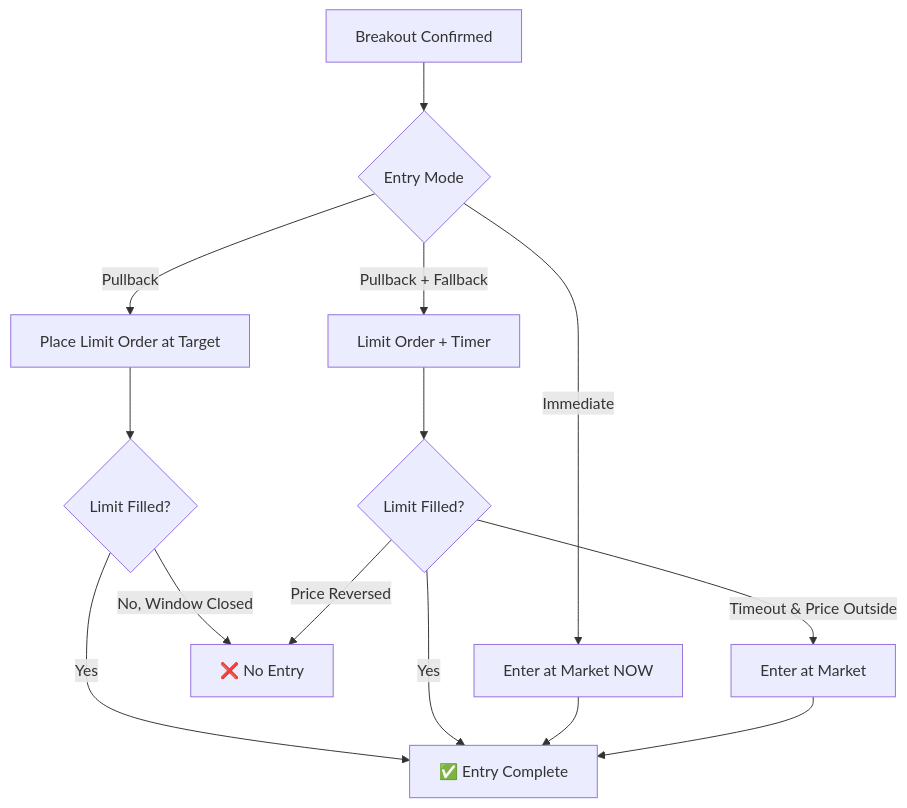
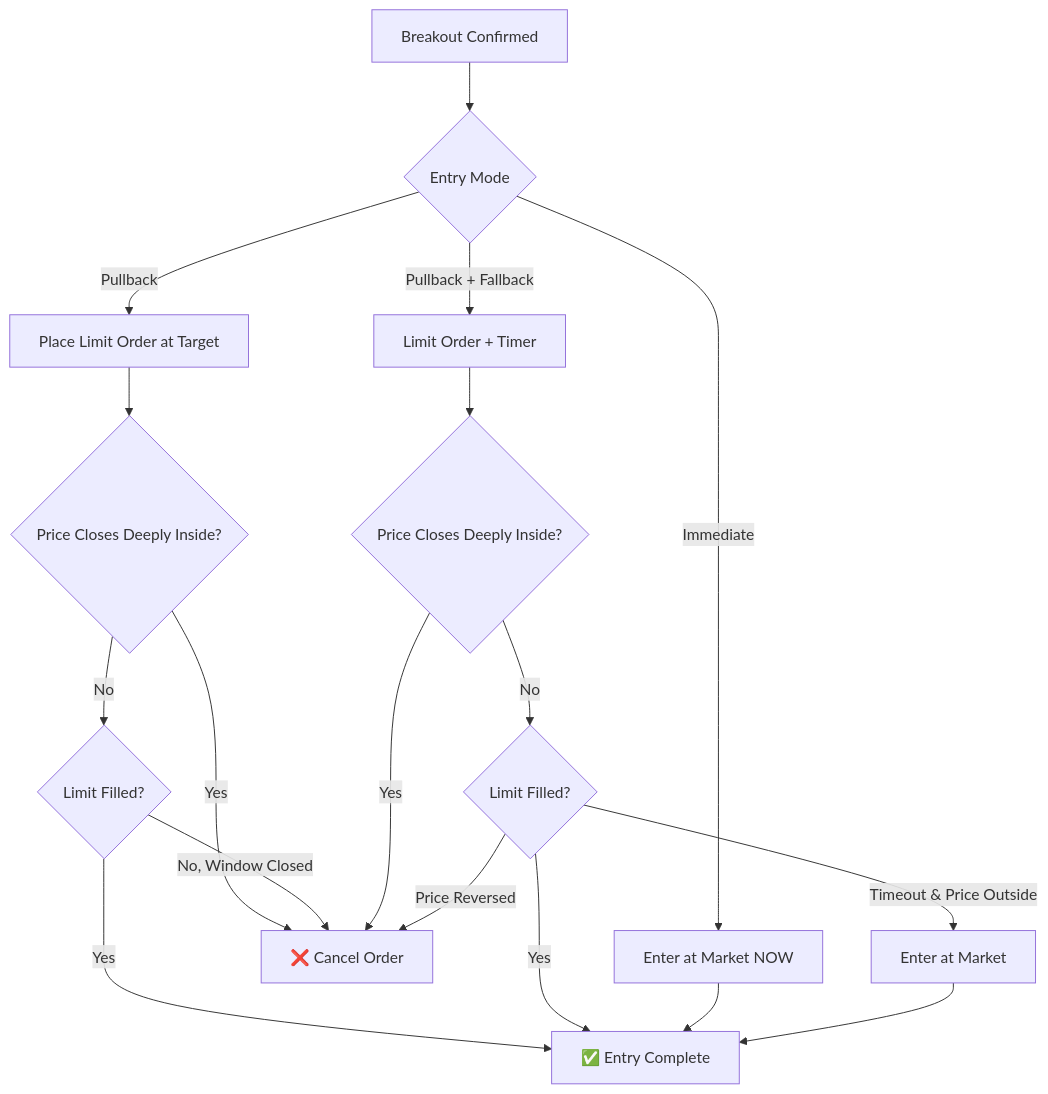
The third of 8 diagrams in docs/strategies/9_30_breakout/STRATEGY_BUILDING_BLOCKS.md (vinay-veerappa/tvDownloadOHLC), drawn with Mermaid before and after one commit. The commit also changed 5 other files, not shown here.

````diff
--- a/docs/strategies/9_30_breakout/STRATEGY_BUILDING_BLOCKS.md
+++ b/docs/strategies/9_30_breakout/STRATEGY_BUILDING_BLOCKS.md
@@ -64,20 +64,26 @@
 ```mermaid
 flowchart TD
     A[Breakout Confirmed] --> B{Entry Mode}
     
     B -->|Immediate| C[Enter at Market NOW]
     B -->|Pullback| D[Place Limit Order at Target]
     B -->|Pullback + Fallback| E[Limit Order + Timer]
     
-    D --> F{Limit Filled?}
+    D --> K{Price Closes Deeply Inside?}
+    K -->|Yes| H[❌ Cancel Order]
+    K -->|No| F{Limit Filled?}
+    
     F -->|Yes| G[✅ Entry Complete]
-    F -->|No, Window Closed| H[❌ No Entry]
+    F -->|No, Window Closed| H
     
-    E --> I{Limit Filled?}
+    E --> L{Price Closes Deeply Inside?}
+    L -->|Yes| H
+    L -->|No| I{Limit Filled?}
+    
     I -->|Yes| G
     I -->|Timeout & Price Outside| J[Enter at Market]
     I -->|Price Reversed| H
     
     C --> G
     J --> G
 ```
````
